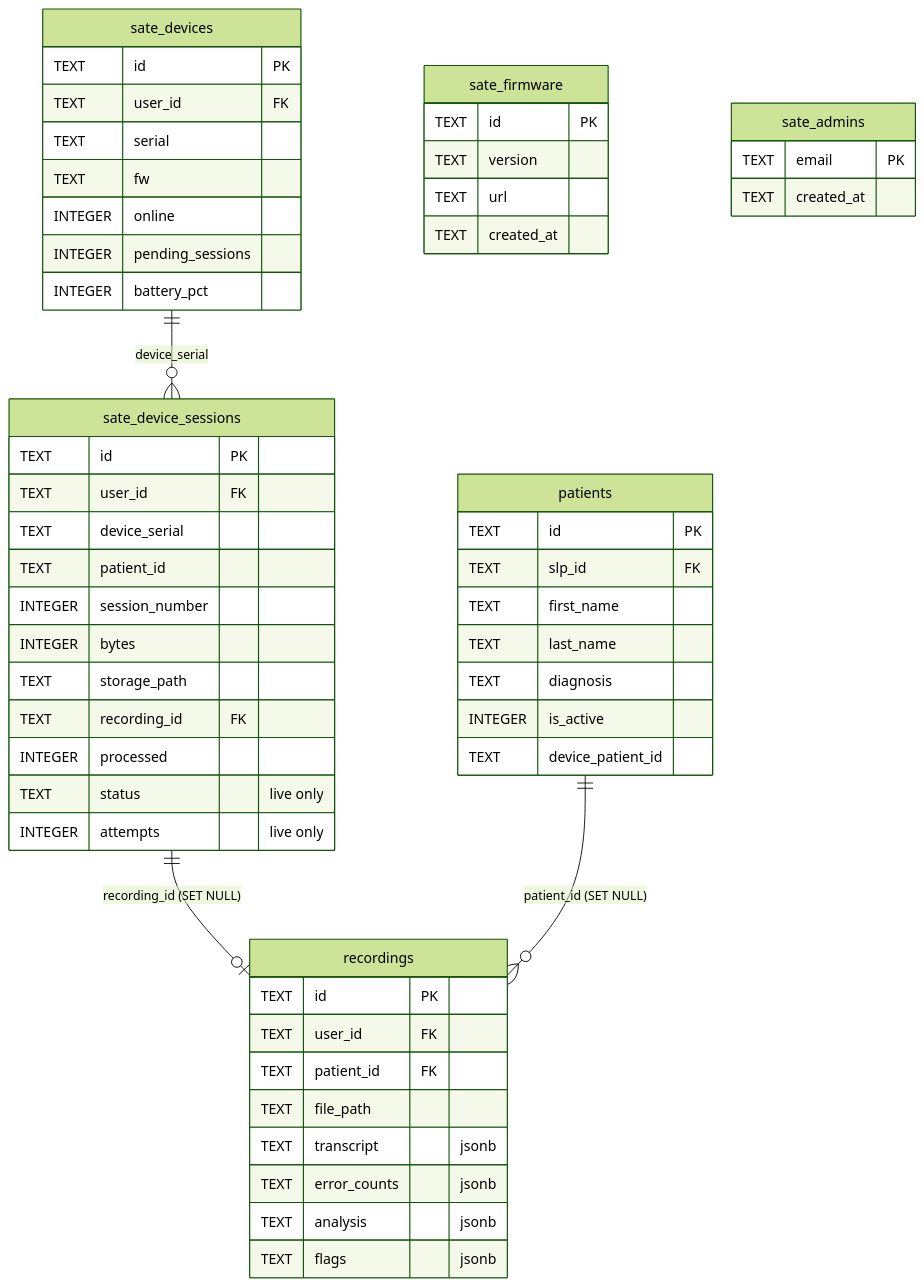
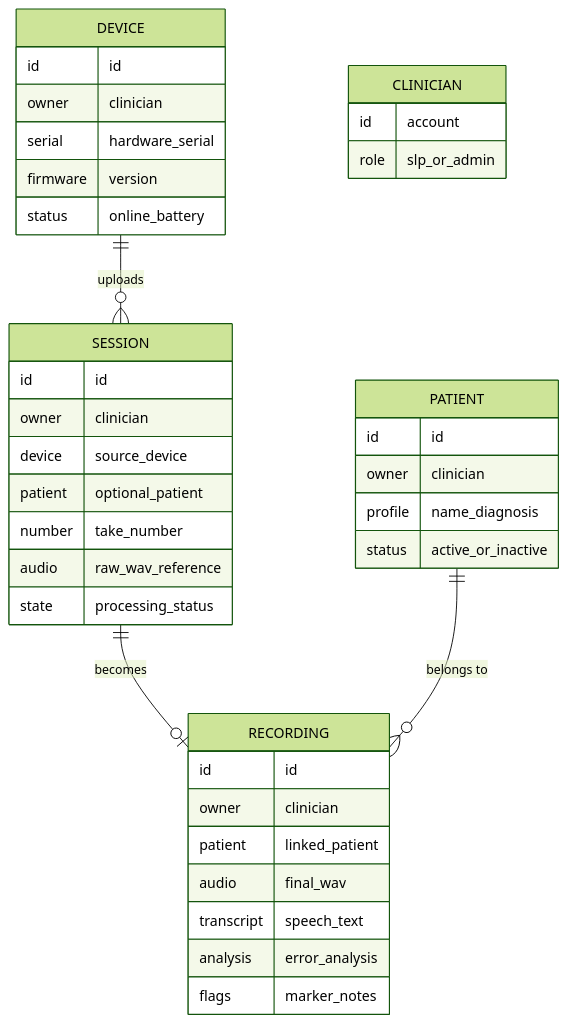
The diagram in docs-site/docs/reference/data-model.md (Longcao24/sate-companion), drawn with Mermaid (forest theme) before and after one commit. The commit also changed other lines of this file and 17 other files, not shown here.

First line of the commit message:
docs-site: generalize published docs + add system-overview diagram

````diff
--- a/docs-site/docs/reference/data-model.md
+++ b/docs-site/docs/reference/data-model.md
@@ -45,58 +29,42 @@
 ```mermaid
 erDiagram
-    sate_devices ||--o{ sate_device_sessions : "device_serial"
-    sate_device_sessions ||--o| recordings : "recording_id (SET NULL)"
-    patients ||--o{ recordings : "patient_id (SET NULL)"
+    DEVICE ||--o{ SESSION : "uploads"
+    SESSION ||--o| RECORDING : "becomes"
+    PATIENT ||--o{ RECORDING : "belongs to"
 
-    sate_devices {
-        TEXT id PK
-        TEXT user_id FK
-        TEXT serial
-        TEXT fw
-        INTEGER online
-        INTEGER pending_sessions
-        INTEGER battery_pct
+    DEVICE {
+        id id
+        owner clinician
+        serial hardware_serial
+        firmware version
+        status online_battery
     }
-    sate_device_sessions {
-        TEXT id PK
-        TEXT user_id FK
-        TEXT device_serial
-        TEXT patient_id
-        INTEGER session_number
-        INTEGER bytes
-        TEXT storage_path
-        TEXT recording_id FK
-        INTEGER processed
-        TEXT status "live only"
-        INTEGER attempts "live only"
+    SESSION {
+        id id
+        owner clinician
+        device source_device
+        patient optional_patient
+        number take_number
+        audio raw_wav_reference
+        state processing_status
     }
-    recordings {
-        TEXT id PK
-        TEXT user_id FK
-        TEXT patient_id FK
-        TEXT file_path
-        TEXT transcript "jsonb"
-        TEXT error_counts "jsonb"
-        TEXT analysis "jsonb"
-        TEXT flags "jsonb"
+    RECORDING {
+        id id
+        owner clinician
+        patient linked_patient
+        audio final_wav
+        transcript speech_text
+        analysis error_analysis
+        flags marker_notes
     }
-    patients {
-        TEXT id PK
-        TEXT slp_id FK
-        TEXT first_name
-        TEXT last_name
-        TEXT diagnosis
-        INTEGER is_active
-        TEXT device_patient_id
+    PATIENT {
+        id id
+        owner clinician
+        profile name_diagnosis
+        status active_or_inactive
     }
-    sate_firmware {
-        TEXT id PK
-        TEXT version
-        TEXT url
-        TEXT created_at
-    }
-    sate_admins {
-        TEXT email PK
-        TEXT created_at
+    CLINICIAN {
+        id account
+        role slp_or_admin
     }
 ```
````
